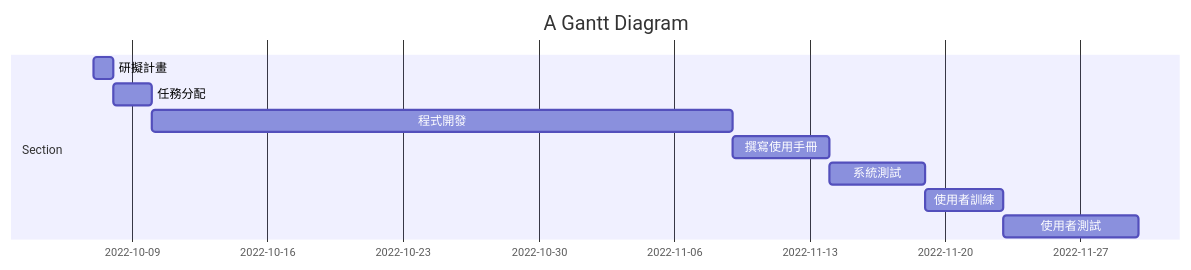
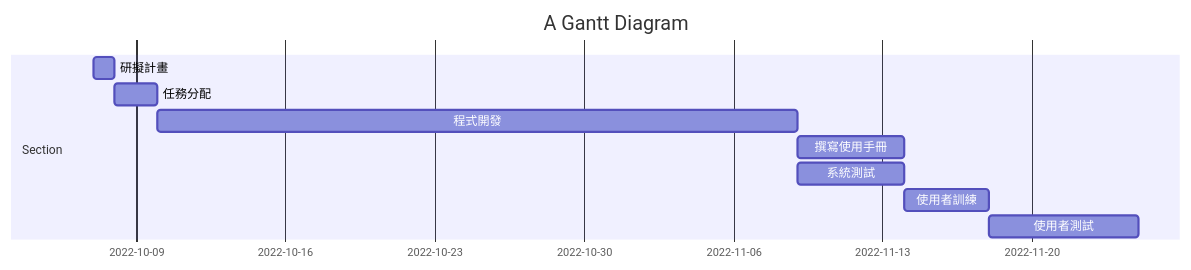
The diagram in README.md (saboten216/SAD-Project), drawn with Mermaid before and after one commit.

Commit message:
fix Gantt Diagram

````diff
--- a/README.md
+++ b/README.md
@@ -68,14 +68,14 @@
 ```mermaid
 gantt
     title A Gantt Diagram
 
     section Section
     研擬計畫 : a1, 2022-10-07  , 1d
     任務分配 : a2, 2022-10-08  , 2d
     程式開發 : a3,2022-10-10 , 30d
     撰寫使用手冊 : a4,2022-11-9 , 5d
-    系統測試 : a5,2022-11-14 ,5d
-    使用者訓練 : a6 ,2022-11-19 ,4d
-    使用者測試 : a7 ,2022-11-23 ,7d
+    系統測試 : a5,2022-11-9 ,5d
+    使用者訓練 : a6 ,2022-11-14 ,4d
+    使用者測試 : a7 ,2022-11-18 ,7d
     
 ``` 
````
